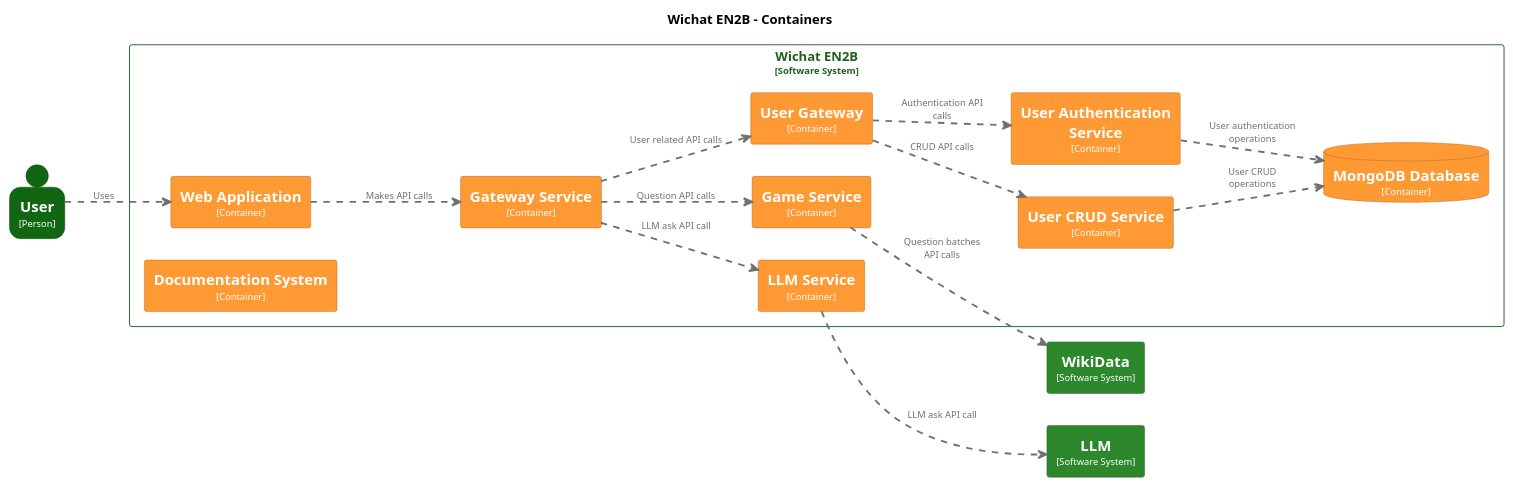
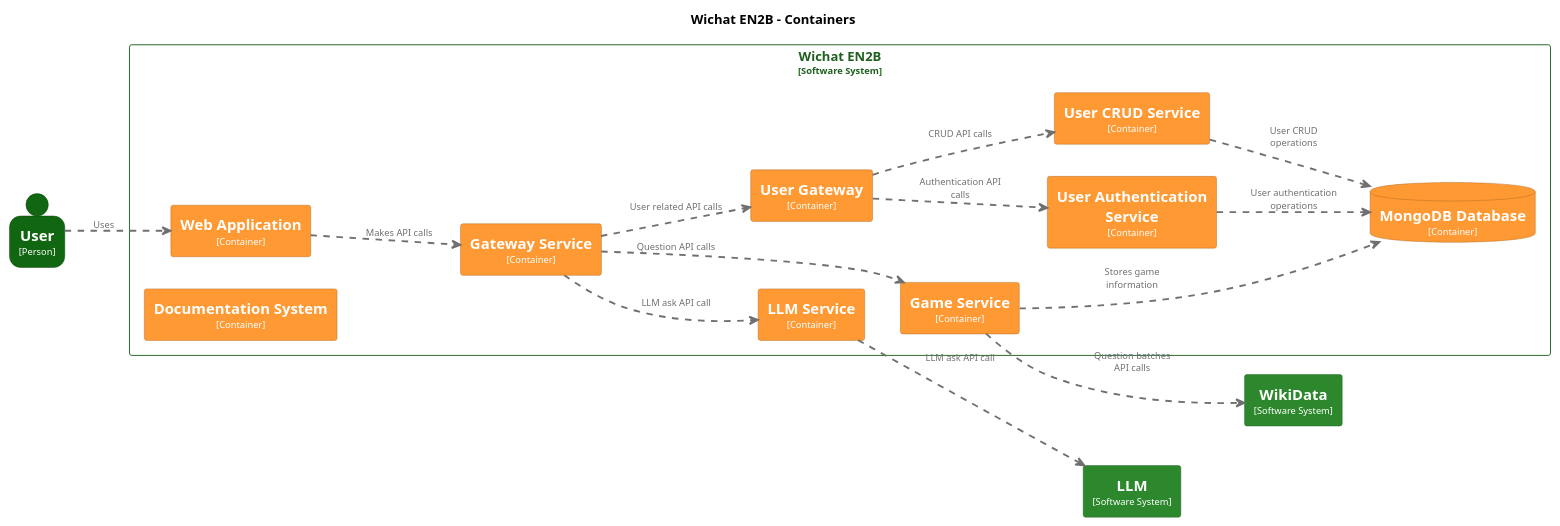
Before and after one commit to Arquisoft/wichat_en2b: the second of 3 diagrams in docs/src/05_building_block_view.adoc, drawn with PlantUML.

Commit message:
#137 - Add documentation for MongoDBDatabase in GameService interactions

```diff
--- a/docs/src/05_building_block_view.adoc
+++ b/docs/src/05_building_block_view.adoc
@@ -216,6 +216,7 @@
 WichatEN2B.GatewayService .[#707070,thickness=2].> WichatEN2B.UserGateway : "<color:#707070>User related API calls"
 WichatEN2B.GatewayService .[#707070,thickness=2].> WichatEN2B.GameService : "<color:#707070>Question API calls"
 WichatEN2B.GameService .[#707070,thickness=2].> WikiData : "<color:#707070>Question batches API calls"
+WichatEN2B.GameService .[#707070,thickness=2].> WichatEN2B.MongoDBDatabase : "<color:#707070>Stores game information"
 WichatEN2B.UserGateway .[#707070,thickness=2].> WichatEN2B.UserCRUDService : "<color:#707070>CRUD API calls"
 WichatEN2B.UserGateway .[#707070,thickness=2].> WichatEN2B.UserAuthenticationService : "<color:#707070>Authentication API calls"
 WichatEN2B.UserCRUDService .[#707070,thickness=2].> WichatEN2B.MongoDBDatabase : "<color:#707070>User CRUD operations"
```
